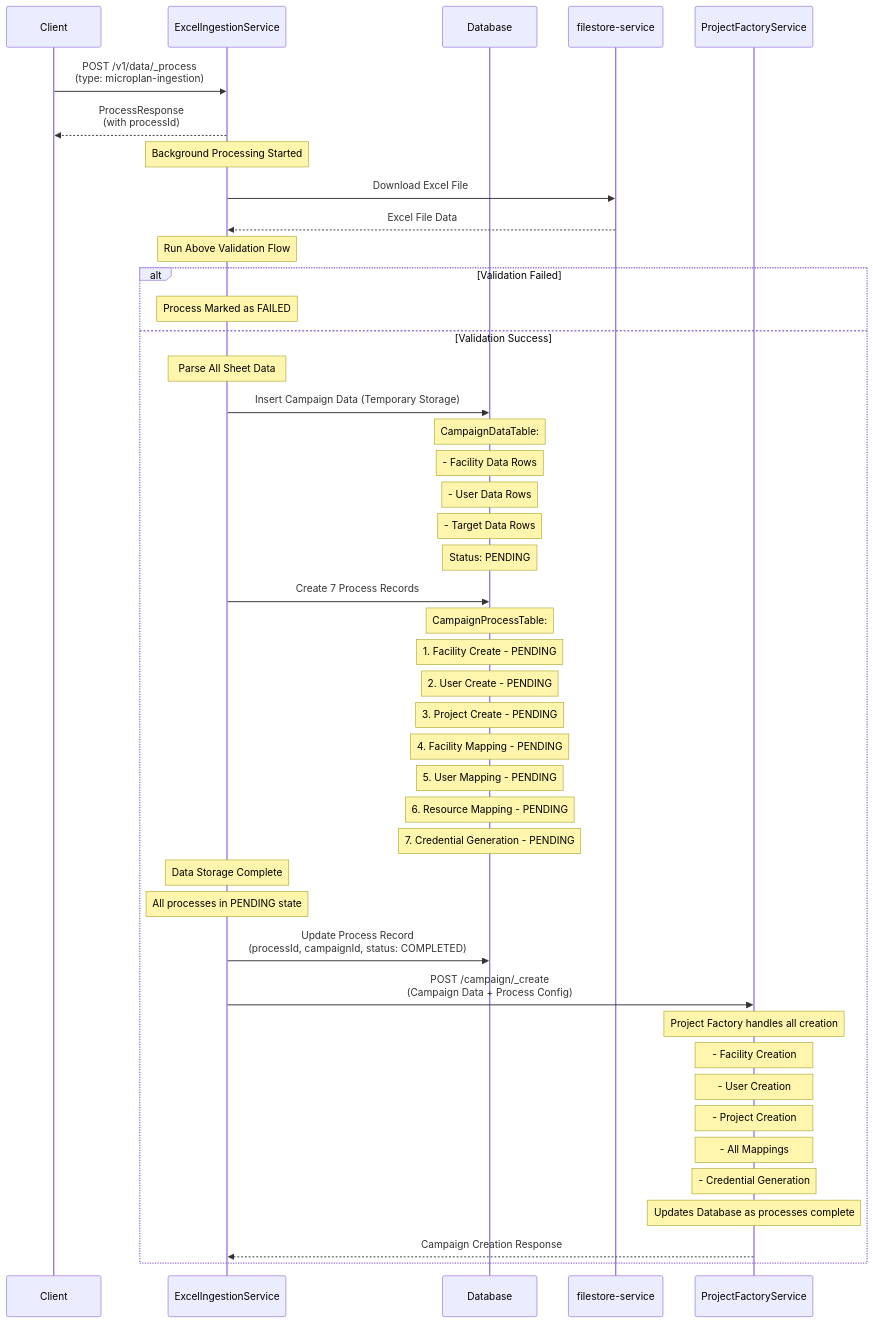
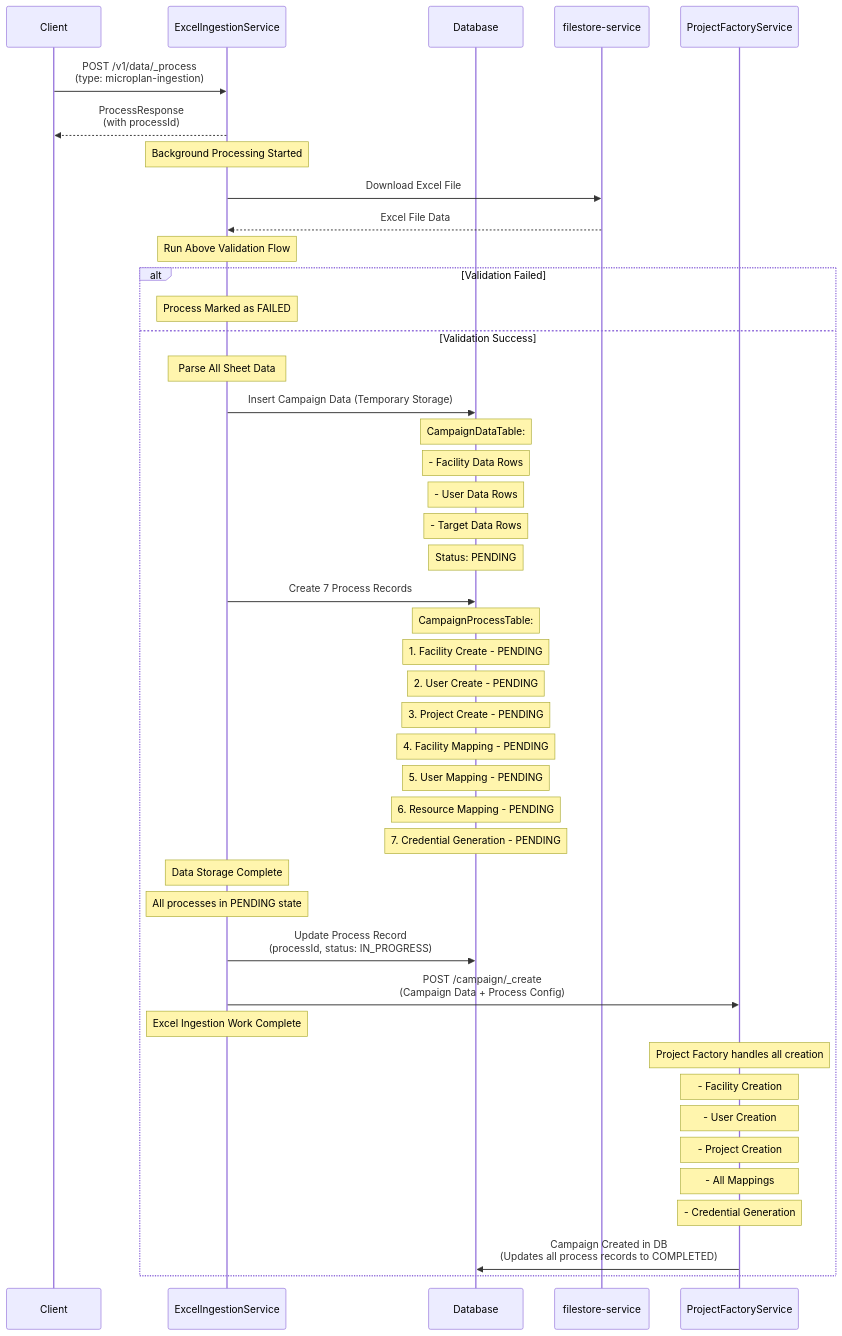
Before and after one commit to ashish-egov/campaign-whole-sheet-ingestion: the third of 3 diagrams in tempDesign.md, drawn with Mermaid.

````diff
--- a/tempDesign.md
+++ b/tempDesign.md
@@ -89,60 +89,60 @@
 ```mermaid
 sequenceDiagram
     participant Client
     participant ExcelIngestionService
     participant Database
     participant filestore-service
     participant ProjectFactoryService
     
     Client->>ExcelIngestionService: POST /v1/data/_process<br/>(type: microplan-ingestion)
     
     ExcelIngestionService-->>Client: ProcessResponse<br/>(with processId)
     
     Note over ExcelIngestionService: Background Processing Started
     
     ExcelIngestionService->>filestore-service: Download Excel File
     filestore-service-->>ExcelIngestionService: Excel File Data
     
     Note over ExcelIngestionService: Run Above Validation Flow
     
     alt Validation Failed
         Note over ExcelIngestionService: Process Marked as FAILED
     else Validation Success
     
         Note over ExcelIngestionService: Parse All Sheet Data
         
         ExcelIngestionService->>Database: Insert Campaign Data (Temporary Storage)
         Note over Database: CampaignDataTable:
         Note over Database: - Facility Data Rows
         Note over Database: - User Data Rows  
         Note over Database: - Target Data Rows
         Note over Database: Status: PENDING
         
         ExcelIngestionService->>Database: Create 7 Process Records
         Note over Database: CampaignProcessTable:
         Note over Database: 1. Facility Create - PENDING
         Note over Database: 2. User Create - PENDING
         Note over Database: 3. Project Create - PENDING
         Note over Database: 4. Facility Mapping - PENDING
         Note over Database: 5. User Mapping - PENDING
         Note over Database: 6. Resource Mapping - PENDING
         Note over Database: 7. Credential Generation - PENDING
         
         Note over ExcelIngestionService: Data Storage Complete
         Note over ExcelIngestionService: All processes in PENDING state
-        ExcelIngestionService->>Database: Update Process Record<br/>(processId, campaignId, status: COMPLETED)
+        ExcelIngestionService->>Database: Update Process Record<br/>(processId, status: IN_PROGRESS)
         
         ExcelIngestionService->>ProjectFactoryService: POST /campaign/_create<br/>(Campaign Data + Process Config)
+        
+        Note over ExcelIngestionService: Excel Ingestion Work Complete
         
         Note over ProjectFactoryService: Project Factory handles all creation
         Note over ProjectFactoryService: - Facility Creation
         Note over ProjectFactoryService: - User Creation  
         Note over ProjectFactoryService: - Project Creation
         Note over ProjectFactoryService: - All Mappings
         Note over ProjectFactoryService: - Credential Generation
-        Note over ProjectFactoryService: Updates Database as processes complete
         
-        ProjectFactoryService-->>ExcelIngestionService: Campaign Creation Response
-        
+        ProjectFactoryService->>Database: Campaign Created in DB<br/>(Updates all process records to COMPLETED)
     end
 ```
````
